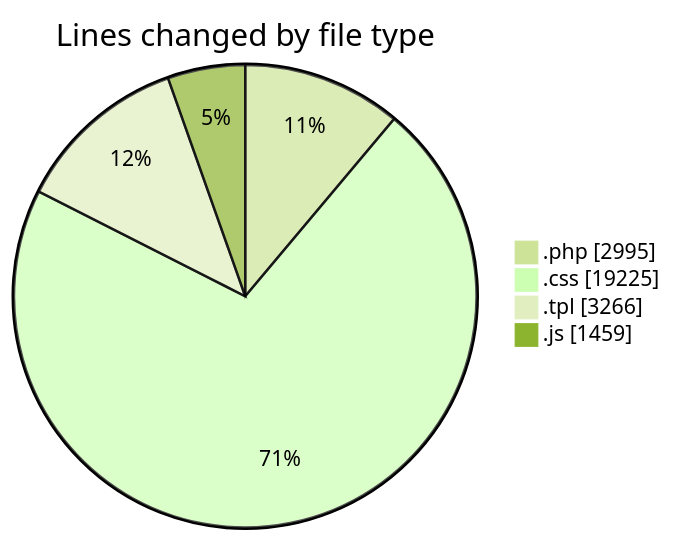
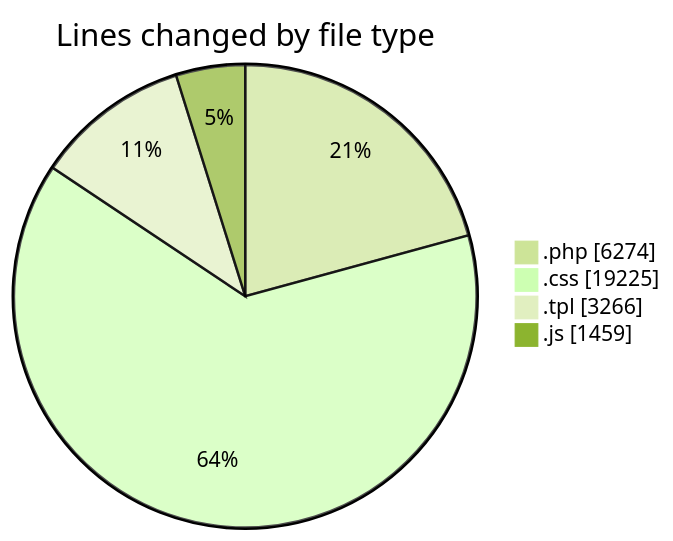
One commit to vahidmafi/code-tracking changed the first of 2 diagrams in 2025-03-23/zeytoon/README.md. Above: the diagram before and after it, drawn with Mermaid (forest theme). The commit also changed other lines of this file and 1 other file, not shown here.

````diff
--- a/2025-03-23/zeytoon/README.md
+++ b/2025-03-23/zeytoon/README.md
@@ -30,8 +32,8 @@
 ```mermaid
 pie showData
 title Lines changed by file type
-".php" : 2995
+".php" : 6274
 ".css" : 19225
 ".tpl" : 3266
 ".js" : 1459
 ```
````
